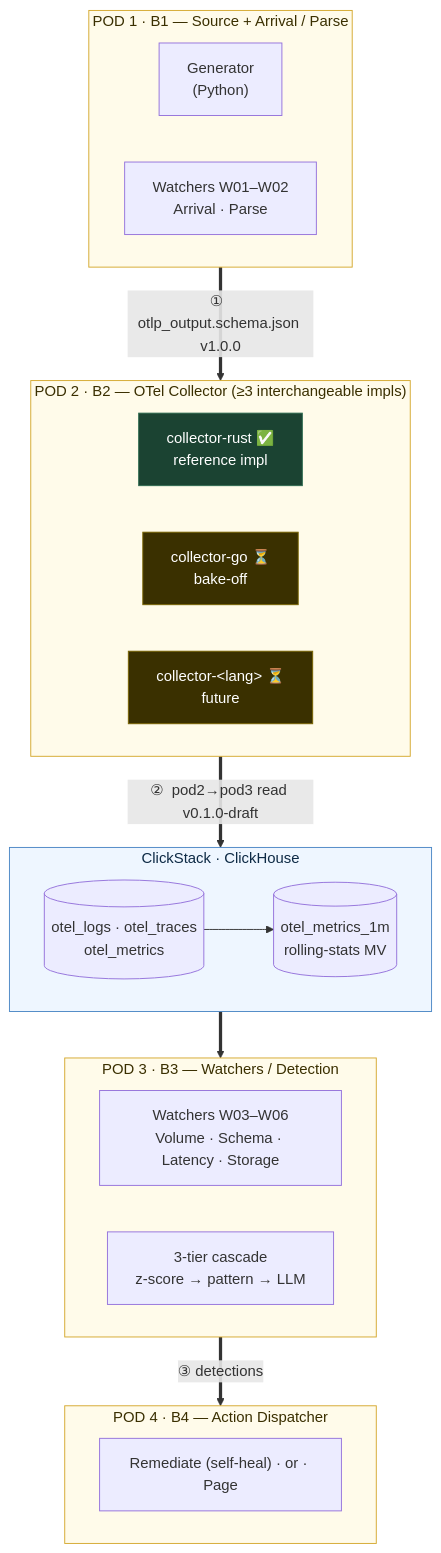
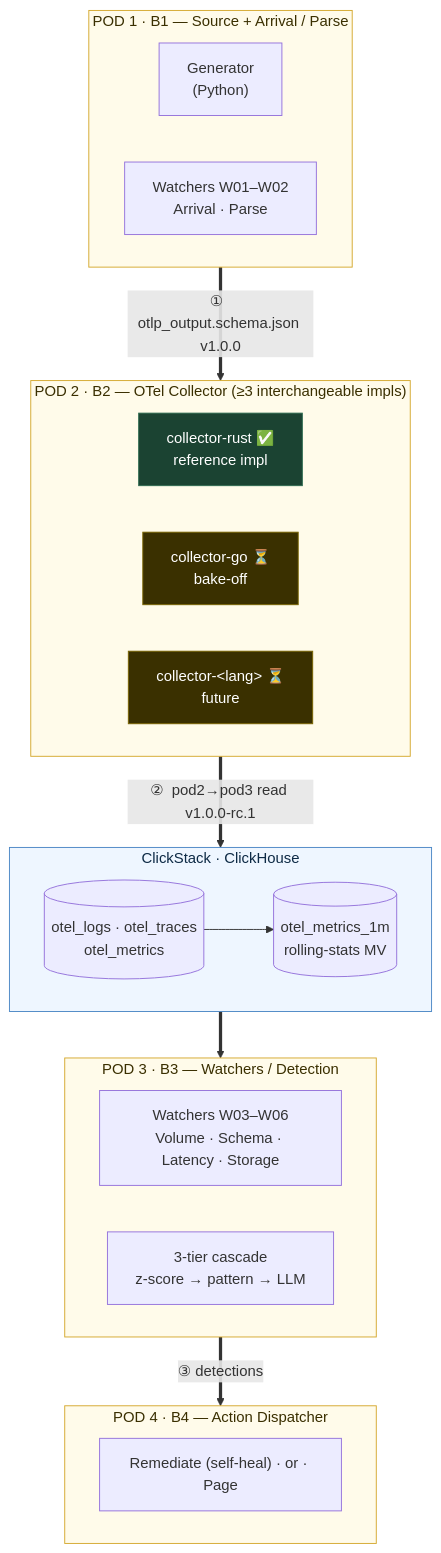
Before and after one commit to luanmorenommaciel/sentinel: the diagram in README.md, drawn with Mermaid. The commit also changed other lines of this file, not shown here.

First line of the commit message:
docs(readme): reflect pod2→pod3 contract v1.0.0-rc.1 + gRPC validation

````diff
--- a/README.md
+++ b/README.md
@@ -14,46 +14,46 @@
 ```mermaid
 flowchart TB
     subgraph POD1["POD 1 · B1 — Source + Arrival / Parse"]
         direction LR
         GEN["Generator<br/>(Python)"]
         W12["Watchers W01–W02<br/>Arrival · Parse"]
     end
 
     subgraph POD2["POD 2 · B2 — OTel Collector  (≥3 interchangeable impls)"]
         direction LR
         CRUST["collector-rust ✅<br/>reference impl"]
         CGO["collector-go ⏳<br/>bake-off"]
         C3["collector-&lt;lang&gt; ⏳<br/>future"]
     end
 
     subgraph STORE["ClickStack · ClickHouse"]
         direction LR
         RAW[("otel_logs · otel_traces<br/>otel_metrics")]
         MV[("otel_metrics_1m<br/>rolling-stats MV")]
         RAW --> MV
     end
 
     subgraph POD3["POD 3 · B3 — Watchers / Detection"]
         direction LR
         W36["Watchers W03–W06<br/>Volume · Schema · Latency · Storage"]
         CASCADE["3-tier cascade<br/>z-score → pattern → LLM"]
     end
 
     subgraph POD4["POD 4 · B4 — Action Dispatcher"]
         ACT["Remediate (self-heal) · or · Page"]
     end
 
     POD1 == "①  otlp_output.schema.json v1.0.0" ==> POD2
-    POD2 == "②  pod2→pod3 read v0.1.0-draft" ==> STORE
+    POD2 == "②  pod2→pod3 read v1.0.0-rc.1" ==> STORE
     STORE ==> POD3
     POD3 == "③  detections" ==> POD4
 
     classDef pod fill:#fffbea,stroke:#d4a72c,color:#3a2f00;
     classDef store fill:#eef6ff,stroke:#4a86c5,color:#0d2a45;
     classDef done fill:#1b4332,stroke:#2d6a4f,color:#fff;
     classDef wip fill:#3a3000,stroke:#7a6500,color:#fff;
     class POD1,POD2,POD3,POD4 pod;
     class STORE store;
     class CRUST done;
     class CGO,C3 wip;
 ```
````
